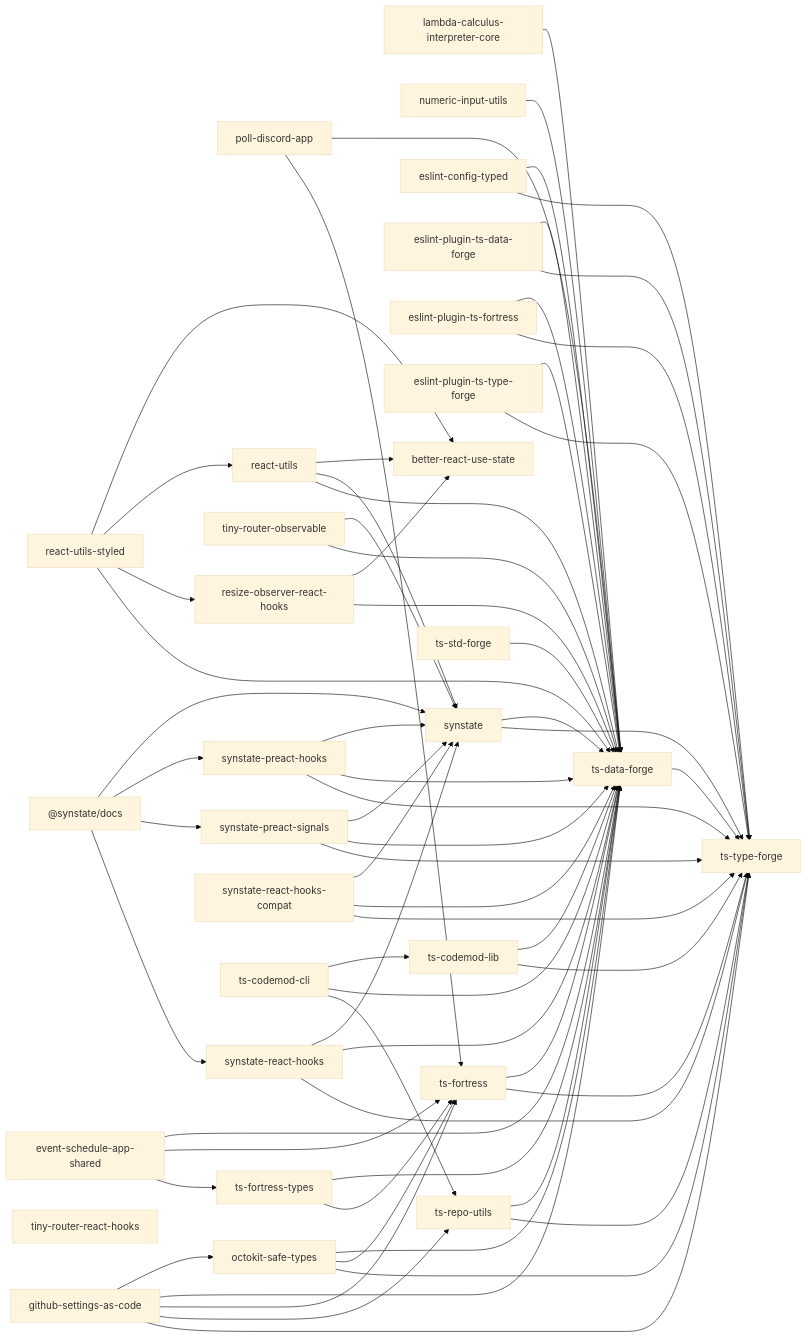
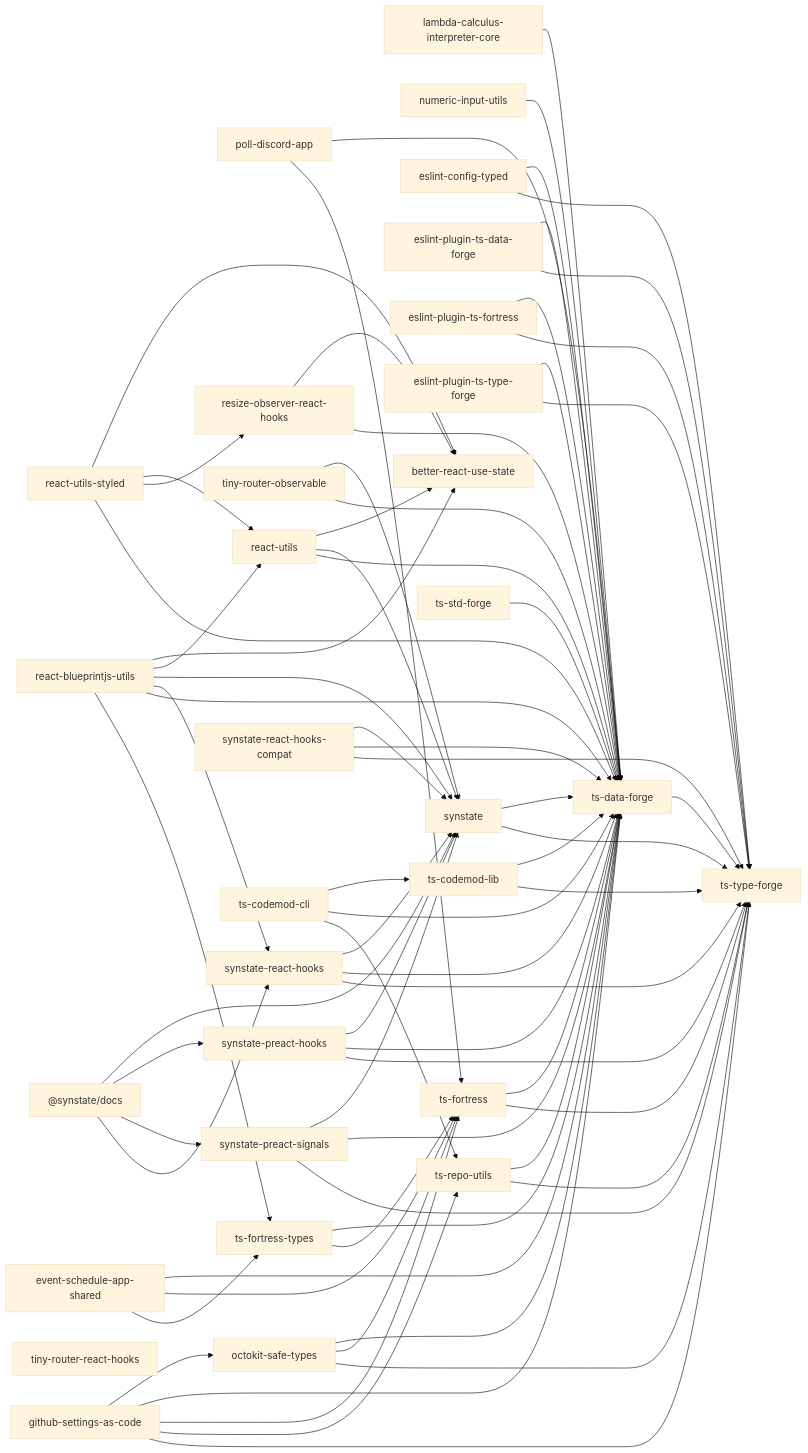
One commit to noshiro-pf/mono changed the diagram in docs/package-dependencies.md. Above: the diagram before and after it, drawn with Mermaid (base theme). The commit also changed other lines of this file and 73 other files, not shown here.

First line of the commit message:
feat: restore react-blueprintjs-utils from experimental/ (#1634)

```diff
--- a/docs/package-dependencies.md
+++ b/docs/package-dependencies.md
@@ -16,6 +16,7 @@
   lambda_calculus_interpreter_core["lambda-calculus-interpreter-core"]
   numeric_input_utils["numeric-input-utils"]
   poll_discord_app["poll-discord-app"]
+  react_blueprintjs_utils["react-blueprintjs-utils"]
   react_utils["react-utils"]
   react_utils_styled["react-utils-styled"]
   resize_observer_react_hooks["resize-observer-react-hooks"]
@@ -49,6 +50,12 @@
   numeric_input_utils --> ts_data_forge
   poll_discord_app --> ts_data_forge
   poll_discord_app --> ts_fortress
+  react_blueprintjs_utils --> better_react_use_state
+  react_blueprintjs_utils --> react_utils
+  react_blueprintjs_utils --> synstate
+  react_blueprintjs_utils --> synstate_react_hooks
+  react_blueprintjs_utils --> ts_data_forge
+  react_blueprintjs_utils --> ts_fortress_types
   react_utils --> better_react_use_state
   react_utils --> synstate
   react_utils --> ts_data_forge
```
